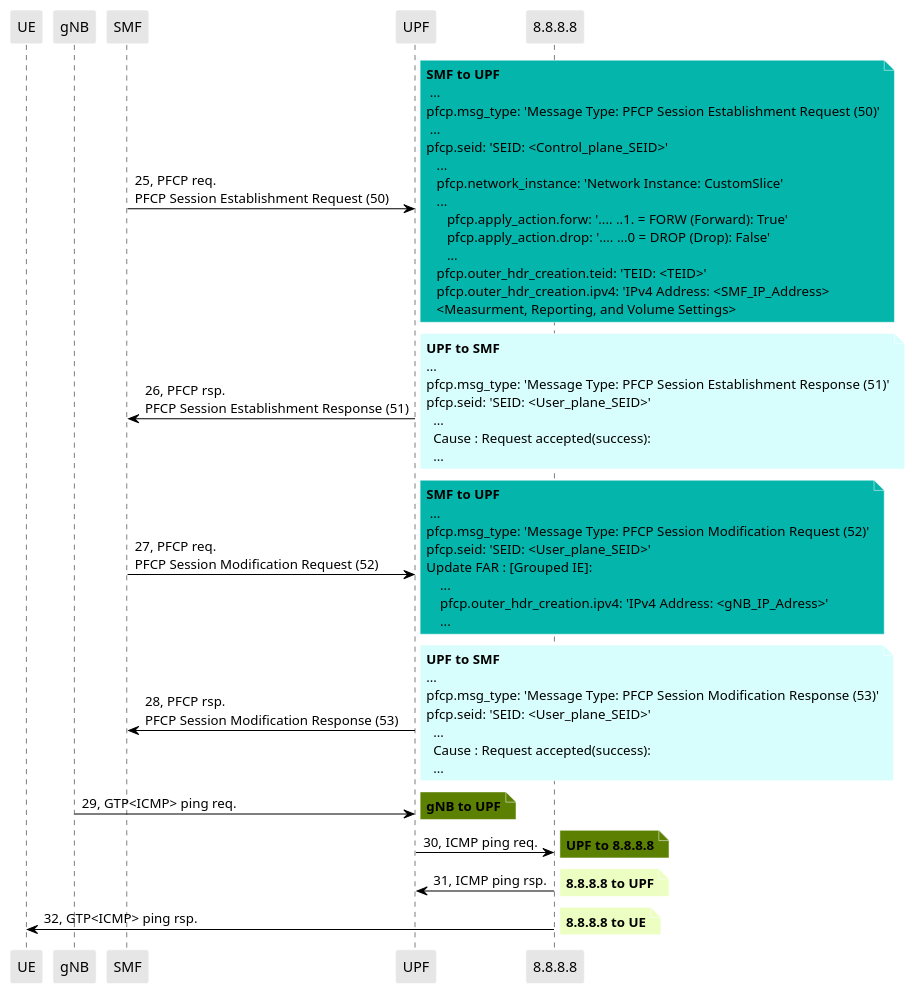
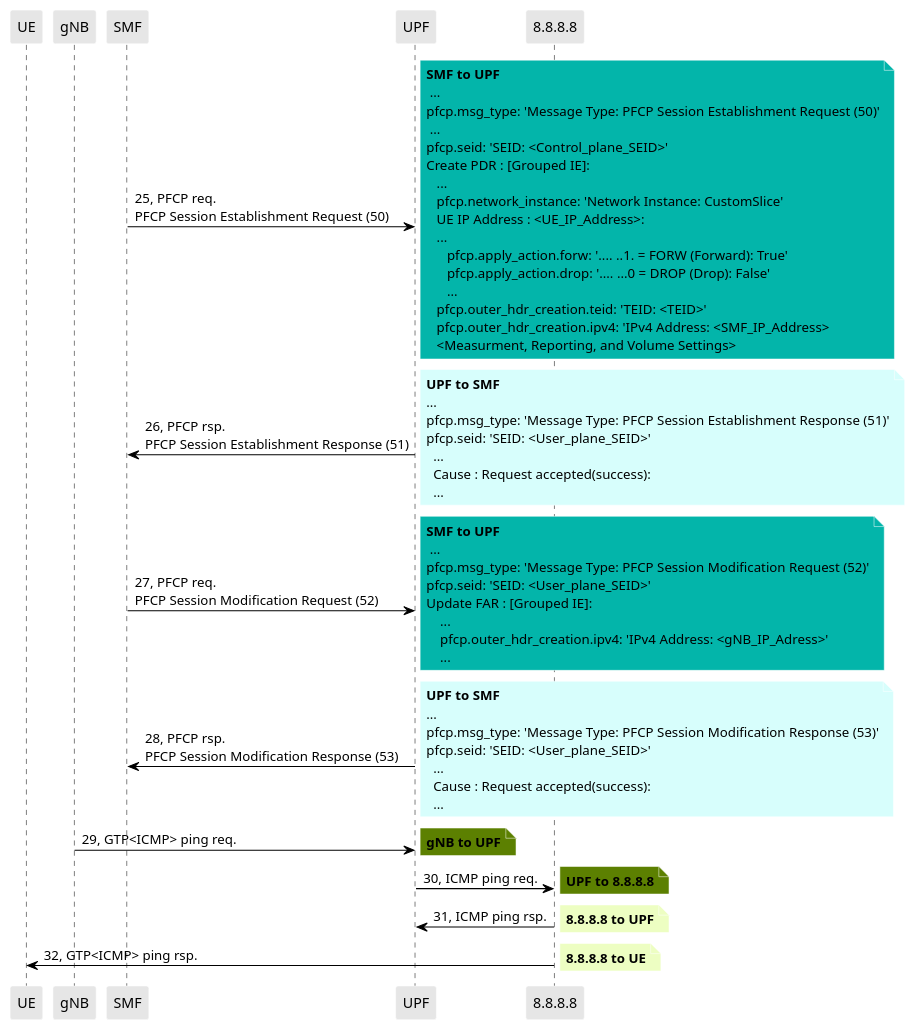
Before and after one commit to lilyhuegerich/5G: the diagram in PCAPS/Core/Background/start_one_upf_OS.puml, drawn with PlantUML. The commit also changed 1 other file, not shown here.

```diff
--- a/PCAPS/Core/Background/start_one_upf_OS.puml
+++ b/PCAPS/Core/Background/start_one_upf_OS.puml
@@ -1,99 +1,99 @@
 @startuml
 skinparam shadowing false
 skinparam NoteBorderColor white
 skinparam sequence {
     ArrowColor black
     LifeLineBorderColor black
     LifeLineBackgroundColor black
     ParticipantBorderColor white
     ParticipantBackgroundColor #e6e6e6
 }
 participant "UE"
 participant "gNB"
 participant "SMF"
 participant "UPF"
 participant "8.8.8.8"
 
 "SMF" -> "UPF": 25, PFCP req.\nPFCP Session Establishment Request (50)
 
 note right #03B5AA
 **SMF to UPF**
  ...
 pfcp.msg_type: 'Message Type: PFCP Session Establishment Request (50)'
  ...
 pfcp.seid: 'SEID: <Control_plane_SEID>'
-'Create PDR : [Grouped IE]':
+Create PDR : [Grouped IE]:
    ...
    pfcp.network_instance: 'Network Instance: CustomSlice'
-   'UE IP Address : <UE_IP_Address>:
+   UE IP Address : <UE_IP_Address>:
    ...
       pfcp.apply_action.forw: '.... ..1. = FORW (Forward): True'
       pfcp.apply_action.drop: '.... ...0 = DROP (Drop): False'
       ...
    pfcp.outer_hdr_creation.teid: 'TEID: <TEID>'
    pfcp.outer_hdr_creation.ipv4: 'IPv4 Address: <SMF_IP_Address>
    <Measurment, Reporting, and Volume Settings>
 end note
 
 "UPF" -> "SMF": 26, PFCP rsp.\nPFCP Session Establishment Response (51)
 
 note right #D7FEFC
 **UPF to SMF**
 ...
 pfcp.msg_type: 'Message Type: PFCP Session Establishment Response (51)'
 pfcp.seid: 'SEID: <User_plane_SEID>'
   ...
   Cause : Request accepted(success):
   ...
 end note
 
 "SMF" -> "UPF": 27, PFCP req.\nPFCP Session Modification Request (52)
 
 note right #03B5AA
 **SMF to UPF**
  ...
 pfcp.msg_type: 'Message Type: PFCP Session Modification Request (52)'
 pfcp.seid: 'SEID: <User_plane_SEID>'
 Update FAR : [Grouped IE]:
     ...
     pfcp.outer_hdr_creation.ipv4: 'IPv4 Address: <gNB_IP_Adress>'
     ...
 end note
 
 "UPF" -> "SMF": 28, PFCP rsp.\nPFCP Session Modification Response (53)
 
 note right #D7FEFC
 **UPF to SMF**
 ...
 pfcp.msg_type: 'Message Type: PFCP Session Modification Response (53)'
 pfcp.seid: 'SEID: <User_plane_SEID>'
   ...
   Cause : Request accepted(success):
   ...
 end note
 
 "gNB" -> "UPF": 29, GTP<ICMP> ping req.
 
 note right #5C8001
 **gNB to UPF**
 end note
 
 "UPF" -> "8.8.8.8": 30, ICMP ping req.
 
 note right #5C8001
 **UPF to 8.8.8.8**
 end note
 
 "8.8.8.8" -> "UPF": 31, ICMP ping rsp.
 
 note right #EDFEC2
 **8.8.8.8 to UPF**
 end note
 
 "8.8.8.8" -> "UE": 32, GTP<ICMP> ping rsp.
 
 note right #EDFEC2
 **8.8.8.8 to UE**
 end note
 
 @enduml
```
